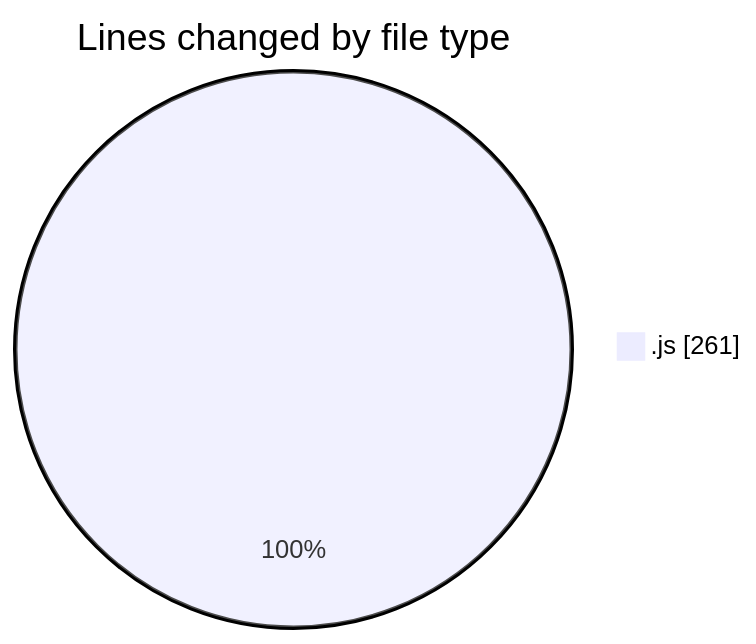
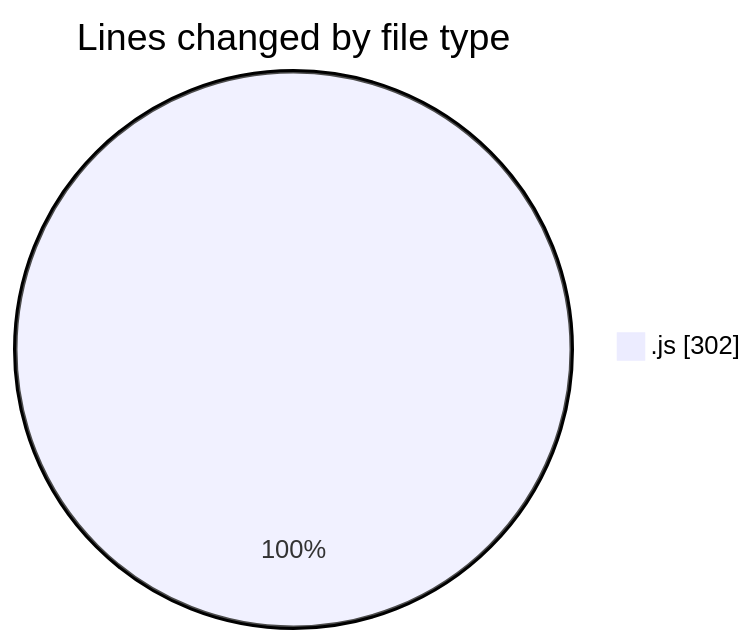
One commit to momahboobian/code-tracking changed the first of 2 diagrams in 2025-03-11/cda/README.md. Above: the diagram before and after it, drawn with Mermaid. The commit also changed other lines of this file and 1 other file, not shown here.

````diff
--- a/2025-03-11/cda/README.md
+++ b/2025-03-11/cda/README.md
@@ -21,5 +22,5 @@
 ```mermaid
 pie showData
 title Lines changed by file type
-".js" : 261
+".js" : 302
 ```
````
